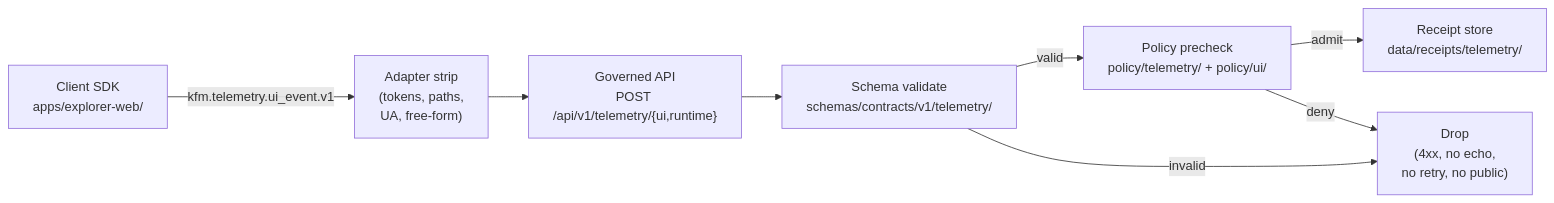
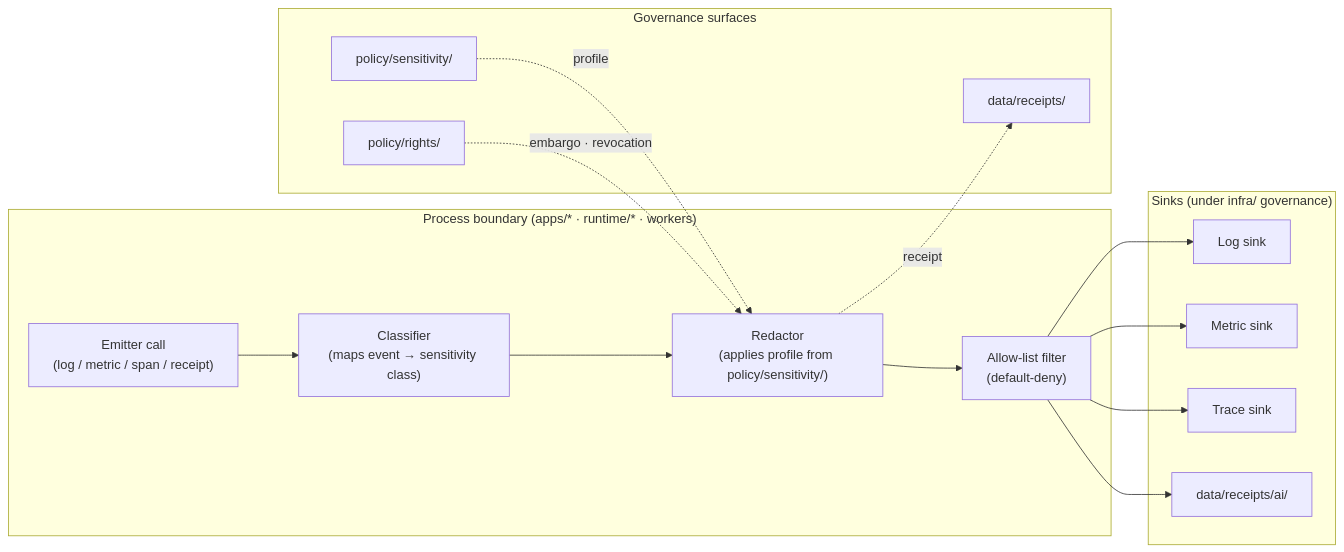
One commit to bartytime4life/Kansas-Frontier-Matrix changed the first of 2 diagrams in docs/adr/ADR-0016-telemetry-redaction-posture.md. Above: the diagram before and after it, drawn with Mermaid. The commit also changed other lines of this file, not shown here.

````diff
--- a/docs/adr/ADR-0016-telemetry-redaction-posture.md
+++ b/docs/adr/ADR-0016-telemetry-redaction-posture.md
@@ -244,18 +234,31 @@
 ```mermaid
 flowchart LR
-  A["Client SDK<br/>apps/explorer-web/"]
-  B["Adapter strip<br/>(tokens, paths,<br/>UA, free-form)"]
-  C["Governed API<br/>POST /api/v1/telemetry/{ui,runtime}"]
-  D["Schema validate<br/>schemas/contracts/v1/telemetry/"]
-  E["Policy precheck<br/>policy/telemetry/ + policy/ui/"]
-  F["Receipt store<br/>data/receipts/telemetry/"]
-  G["Drop<br/>(4xx, no echo,<br/>no retry, no public)"]
+  subgraph PROC["Process boundary (apps/* · runtime/* · workers)"]
+    EMIT["Emitter call<br/>(log / metric / span / receipt)"]
+    CLASSIFY["Classifier<br/>(maps event &rarr; sensitivity class)"]
+    REDACT["Redactor<br/>(applies profile from policy/sensitivity/)"]
+    ALLOW["Allow-list filter<br/>(default-deny)"]
+  end
 
-  A -->|kfm.telemetry.ui_event.v1| B
-  B --> C
-  C --> D
-  D -- valid --> E
-  D -- invalid --> G
-  E -- admit --> F
-  E -- deny  --> G
+  subgraph GOV["Governance surfaces"]
+    SENS["policy/sensitivity/"]
+    RIGHTS["policy/rights/"]
+    RCPT["data/receipts/"]
+  end
+
+  subgraph SINKS["Sinks (under infra/ governance)"]
+    LOG["Log sink"]
+    MET["Metric sink"]
+    TRC["Trace sink"]
+    AIR["data/receipts/ai/"]
+  end
+
+  EMIT --> CLASSIFY --> REDACT --> ALLOW
+  SENS -. profile .-> REDACT
+  RIGHTS -. embargo &middot; revocation .-> REDACT
+  REDACT -. receipt .-> RCPT
+  ALLOW --> LOG
+  ALLOW --> MET
+  ALLOW --> TRC
+  ALLOW --> AIR
 ```
````
